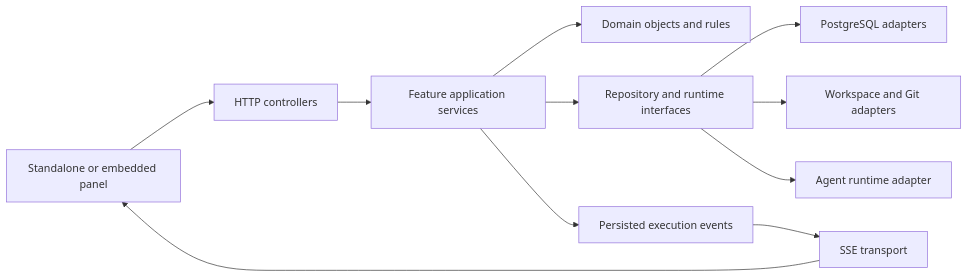
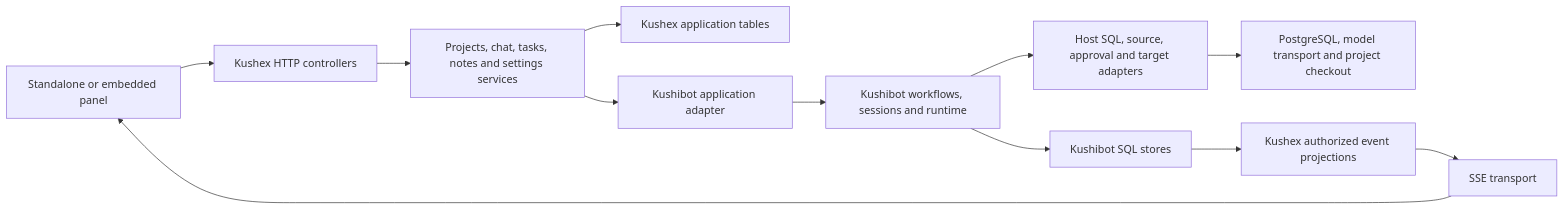
One commit to nk-kushu/kushex changed the diagram in docs/backend/01-overview.md. Above: the diagram before and after it, drawn with Mermaid. The commit also changed other lines of this file, not shown here.

Commit message:
docs: align backend ownership with Kushibot capabilities

````diff
--- a/docs/backend/01-overview.md
+++ b/docs/backend/01-overview.md
@@ -40,13 +99,14 @@
 ```mermaid
 flowchart LR
-  UI[Standalone or embedded panel] --> HTTP[HTTP controllers]
-  HTTP --> Features[Feature application services]
-  Features --> Domain[Domain objects and rules]
-  Features --> Ports[Repository and runtime interfaces]
-  Ports --> PG[PostgreSQL adapters]
-  Ports --> WS[Workspace and Git adapters]
-  Ports --> Agent[Agent runtime adapter]
-  Features --> Events[Persisted execution events]
+  UI[Standalone or embedded panel] --> HTTP[Kushex HTTP controllers]
+  HTTP --> App[Projects, chat, tasks, notes and settings services]
+  App --> DB[Kushex application tables]
+  App --> Bridge[Kushibot application adapter]
+  Bridge --> Framework[Kushibot workflows, sessions and runtime]
+  Framework --> Stores[Kushibot SQL stores]
+  Framework --> Host[Host SQL, source, approval and target adapters]
+  Host --> External[PostgreSQL, model transport and project checkout]
+  Stores --> Events[Kushex authorized event projections]
   Events --> SSE[SSE transport]
   SSE --> UI
 ```
````
